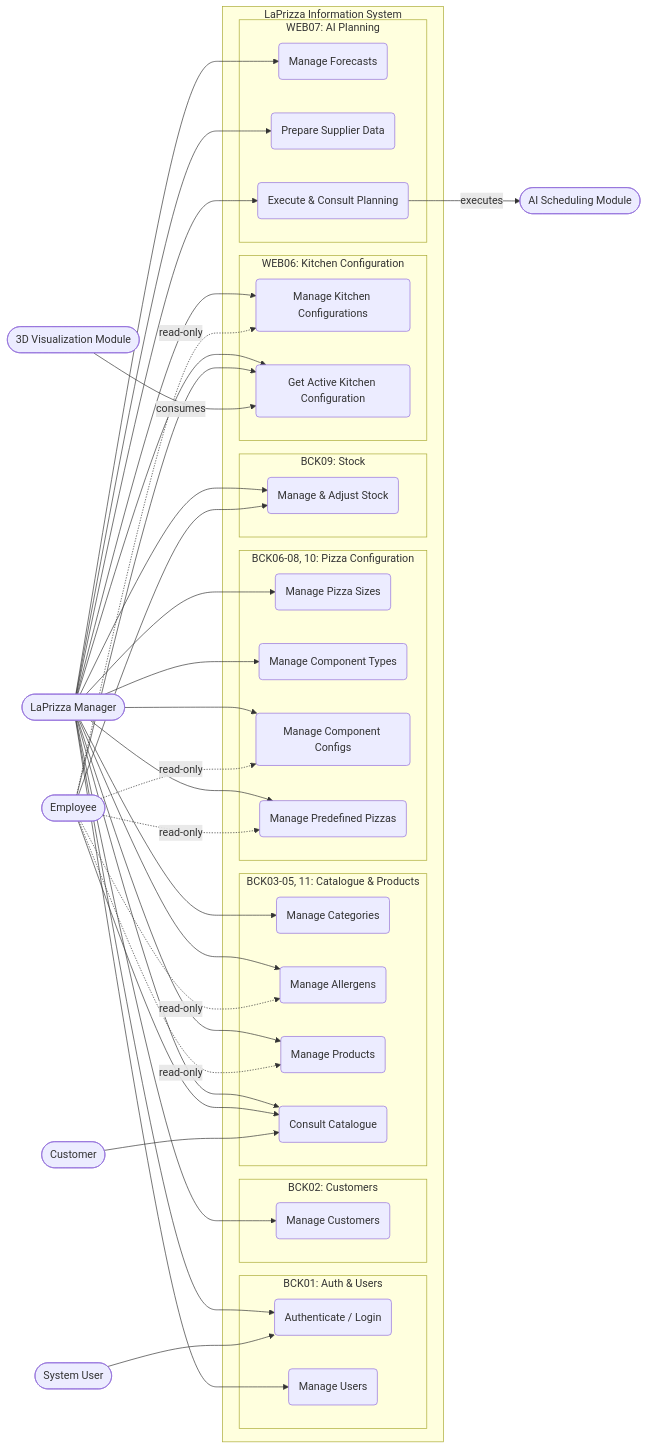
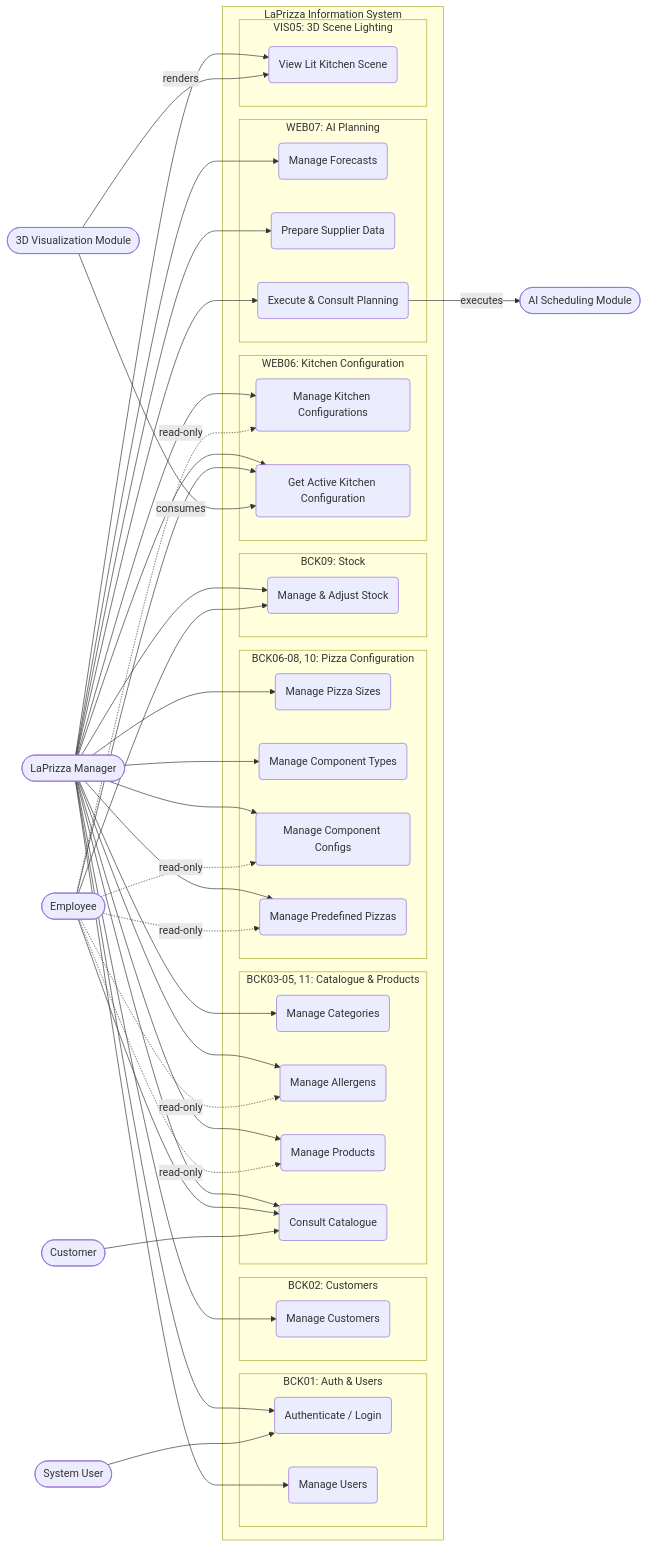
Before and after one commit to ivasduarte/laprizza: the diagram in docs/analysis/diagrams/use-case-views/global-use-case-view.mermaid, drawn with Mermaid. The commit also changed 7 other files, not shown here.

```diff
--- a/docs/analysis/diagrams/use-case-views/global-use-case-view.mermaid
+++ b/docs/analysis/diagrams/use-case-views/global-use-case-view.mermaid
@@ -1,75 +1,80 @@
 flowchart LR
     Manager([LaPrizza Manager])
     SystemUser([System User])
     Employee([Employee])
     Customer([Customer])
     Viz3D([3D Visualization Module])
     AI([AI Scheduling Module])
 
     subgraph System [LaPrizza Information System]
         subgraph Auth [BCK01: Auth & Users]
             UC_Auth(Authenticate / Login)
             UC_Users(Manage Users)
         end
         subgraph Cust [BCK02: Customers]
             UC_Cust(Manage Customers)
         end
         subgraph Catalog [BCK03-05, 11: Catalogue & Products]
             UC_Cat(Manage Categories)
             UC_Allergens(Manage Allergens)
             UC_Prod(Manage Products)
             UC_Catalog(Consult Catalogue)
         end
         subgraph Config [BCK06-08, 10: Pizza Configuration]
             UC_Sizes(Manage Pizza Sizes)
             UC_Types(Manage Component Types)
             UC_Configs(Manage Component Configs)
             UC_Predef(Manage Predefined Pizzas)
         end
         subgraph Stock [BCK09: Stock]
             UC_Stock(Manage & Adjust Stock)
         end
         subgraph Kitchen [WEB06: Kitchen Configuration]
             UC_Kitchen(Manage Kitchen Configurations)
             UC_ActiveKitchen(Get Active Kitchen Configuration)
         end
         subgraph Planning [WEB07: AI Planning]
             UC_Forecasts(Manage Forecasts)
             UC_Suppliers(Prepare Supplier Data)
             UC_Planning(Execute & Consult Planning)
         end
+        subgraph Lighting [VIS05: 3D Scene Lighting]
+            UC_Lit(View Lit Kitchen Scene)
+        end
     end
 
     Manager --> UC_Auth
     Manager --> UC_Users
     Manager --> UC_Cust
     Manager --> UC_Cat
     Manager --> UC_Allergens
     Manager --> UC_Prod
     Manager --> UC_Sizes
     Manager --> UC_Types
     Manager --> UC_Configs
     Manager --> UC_Predef
     Manager --> UC_Stock
     Manager --> UC_Catalog
     Manager --> UC_Kitchen
     Manager --> UC_ActiveKitchen
     Manager --> UC_Forecasts
     Manager --> UC_Suppliers
     Manager --> UC_Planning
+    Manager --> UC_Lit
 
     SystemUser --> UC_Auth
 
     Employee -.->|read-only| UC_Allergens
     Employee -.->|read-only| UC_Prod
     Employee -.->|read-only| UC_Configs
     Employee -.->|read-only| UC_Predef
     Employee -.->|read-only| UC_Kitchen
     Employee --> UC_ActiveKitchen
     Employee --> UC_Stock
     Employee --> UC_Catalog
 
     Customer --> UC_Catalog
 
     Viz3D -->|consumes| UC_ActiveKitchen
+    Viz3D -->|renders| UC_Lit
     UC_Planning -->|executes| AI
```
